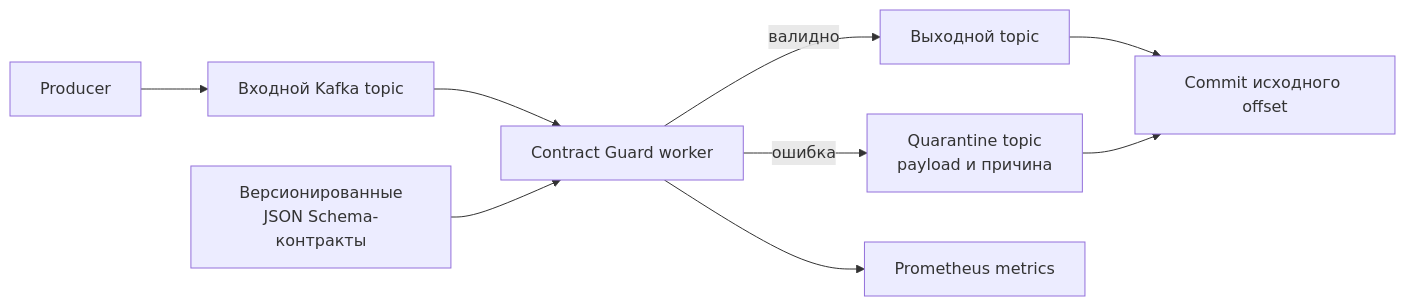
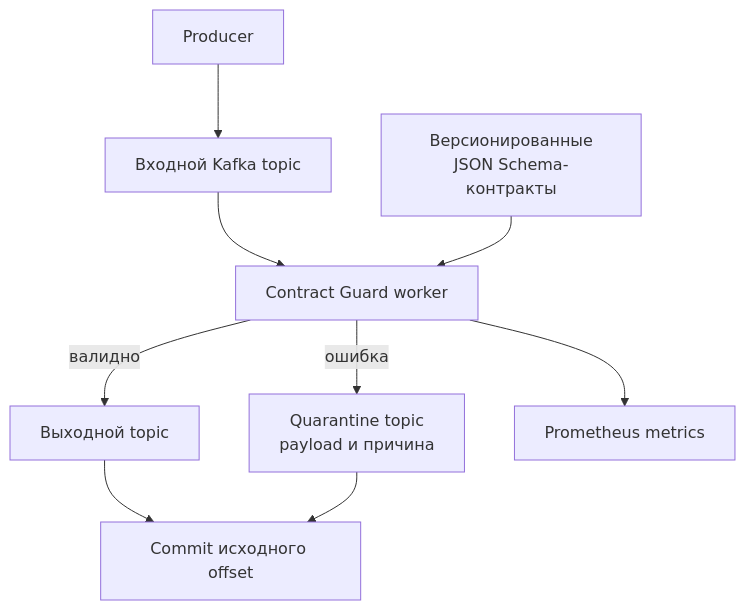
The diagram in README.md (TheEdfog/event-contract-guard), drawn with Mermaid before and after one commit.

Commit message:
docs: improve contract flow readability

````diff
--- a/README.md
+++ b/README.md
@@ -16,11 +16,11 @@
 ```mermaid
-flowchart LR
+flowchart TD
     producer["Producer"] --> input["Входной Kafka topic"]
     input --> worker["Contract Guard worker"]
     contracts["Версионированные<br/>JSON Schema-контракты"] --> worker
     worker -->|"валидно"| output["Выходной topic"]
     worker -->|"ошибка"| quarantine["Quarantine topic<br/>payload и причина"]
     worker --> metrics["Prometheus metrics"]
     output --> commit["Commit исходного offset"]
     quarantine --> commit
 ```
````
